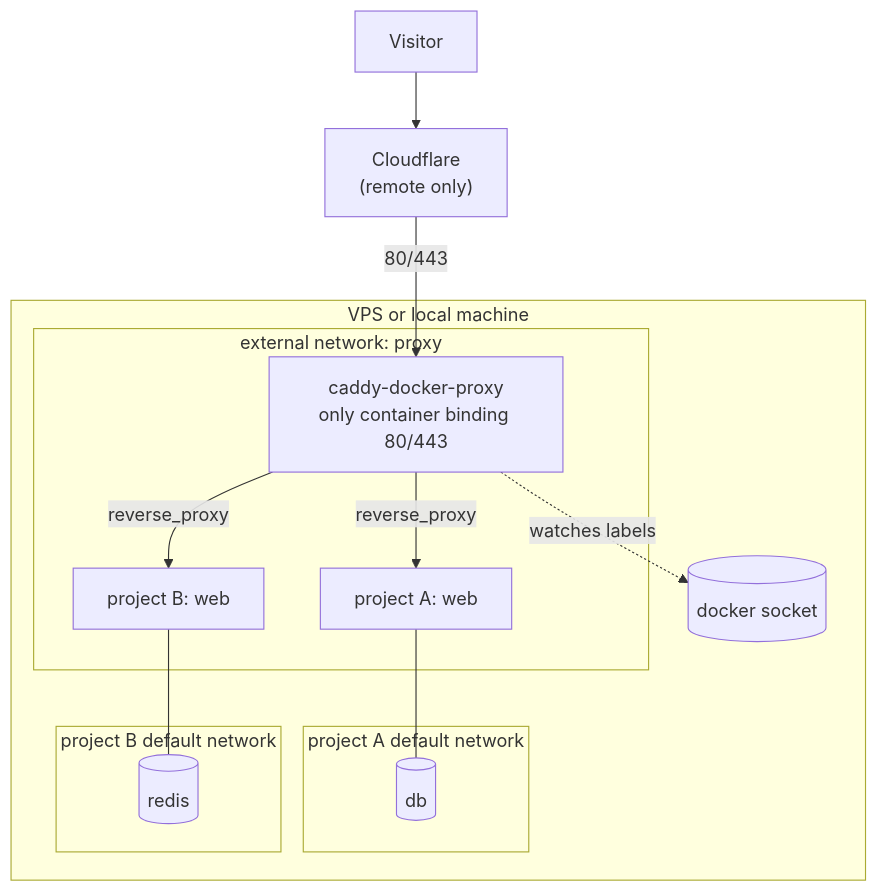
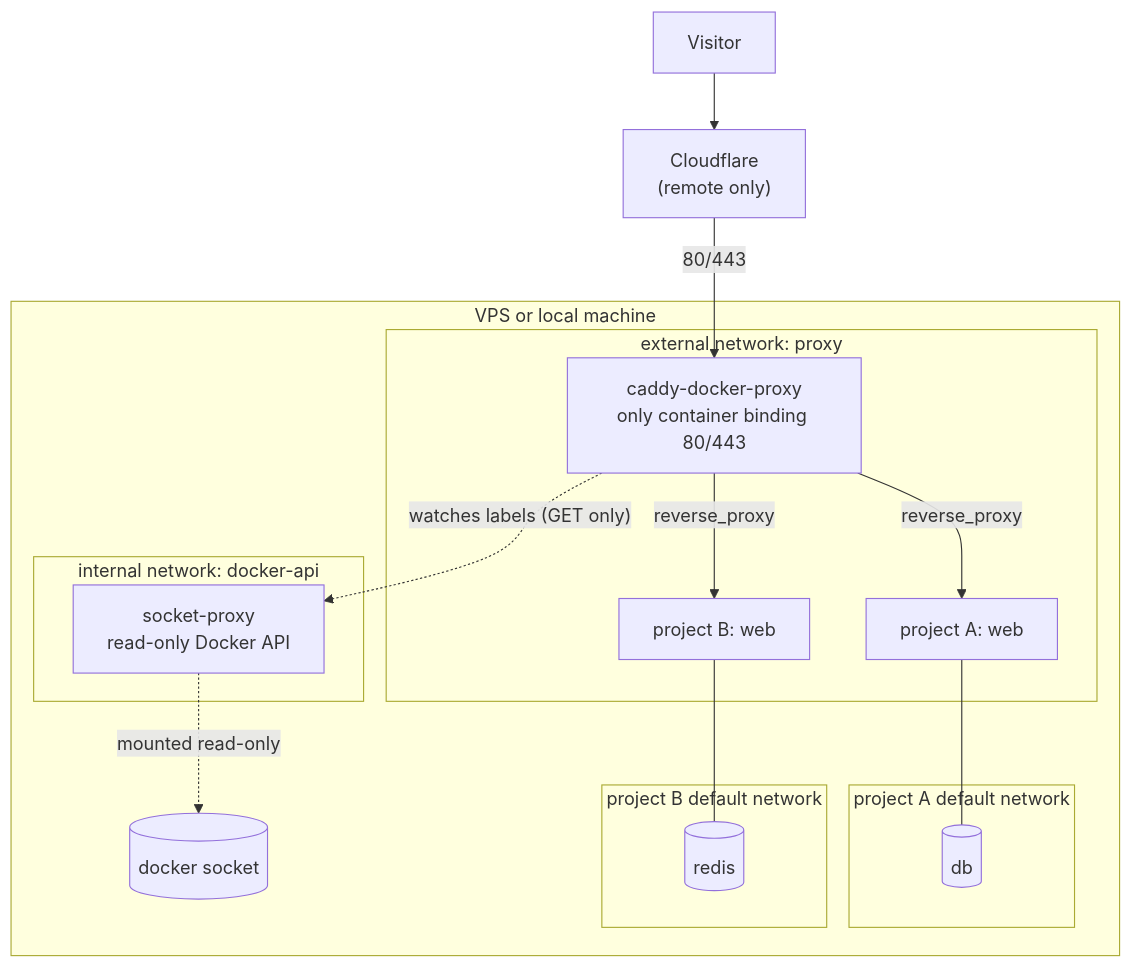
One commit to rijuma/hubbify changed the first of 4 diagrams in docs/architecture.md. Above: the diagram before and after it, drawn with Mermaid. The commit also changed other lines of this file and 4 other files, not shown here.

Commit message:
feat: read the Docker API through a read-only socket proxy and drop Caddy's capabilities

````diff
--- a/docs/architecture.md
+++ b/docs/architecture.md
@@ -10,32 +10,37 @@
 ```mermaid
 flowchart TB
     visitor["Visitor"]
     cf["Cloudflare<br/>(remote only)"]
 
     subgraph host["VPS or local machine"]
         sock[("docker socket")]
         caddy["caddy-docker-proxy<br/>only container binding 80/443"]
 
         subgraph proxynet["external network: proxy"]
             caddy
             webA["project A: web"]
             webB["project B: web"]
         end
 
         subgraph netA["project A default network"]
             dbA[("db")]
         end
         subgraph netB["project B default network"]
             redisB[("redis")]
         end
 
+        subgraph apinet["internal network: docker-api"]
+            socketproxy["socket-proxy<br/>read-only Docker API"]
+        end
+
         caddy -->|"reverse_proxy"| webA
         caddy -->|"reverse_proxy"| webB
         webA --- dbA
         webB --- redisB
     end
 
     visitor --> cf
     cf -->|"80/443"| caddy
-    caddy -. "watches labels" .-> sock
+    caddy -. "watches labels (GET only)" .-> socketproxy
+    socketproxy -. "mounted read-only" .-> sock
 ```
````
